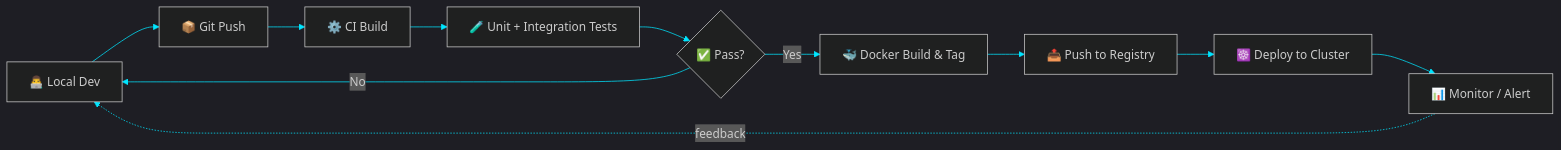
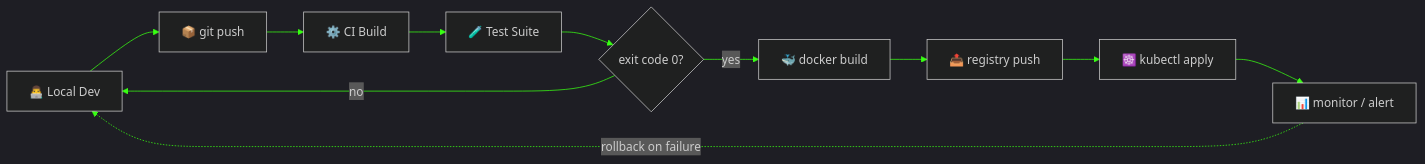
Before and after one commit to dev-omkarbiradar/dev-omkarbiradar: the diagram in README.md, drawn with Mermaid. The commit also changed other lines of this file, not shown here.

````diff
--- a/README.md
+++ b/README.md
@@ -76,14 +96,14 @@
 ```mermaid
-%%{init: {'theme':'dark', 'themeVariables': {'primaryColor':'#0f2027','primaryTextColor':'#00E5FF','primaryBorderColor':'#00E5FF','lineColor':'#00E5FF','secondaryColor':'#203A43','tertiaryColor':'#16222A'}}}%%
+%%{init: {'theme':'dark', 'themeVariables': {'primaryColor':'#0D1117','primaryTextColor':'#39FF14','primaryBorderColor':'#39FF14','lineColor':'#39FF14','secondaryColor':'#161B22','tertiaryColor':'#000000'}}}%%
 flowchart LR
-    A["👨‍💻 Local Dev"] --> B["📦 Git Push"]
+    A["👨‍💻 Local Dev"] --> B["📦 git push"]
     B --> C["⚙️ CI Build"]
-    C --> D["🧪 Unit + Integration Tests"]
-    D --> E{"✅ Pass?"}
-    E -- No --> A
-    E -- Yes --> F["🐳 Docker Build & Tag"]
-    F --> G["📤 Push to Registry"]
-    G --> H["☸️ Deploy to Cluster"]
-    H --> I["📊 Monitor / Alert"]
-    I -.feedback.-> A
+    C --> D["🧪 Test Suite"]
+    D --> E{"exit code 0?"}
+    E -- no --> A
+    E -- yes --> F["🐳 docker build"]
+    F --> G["📤 registry push"]
+    G --> H["☸️ kubectl apply"]
+    H --> I["📊 monitor / alert"]
+    I -.rollback on failure.-> A
 ```
````
